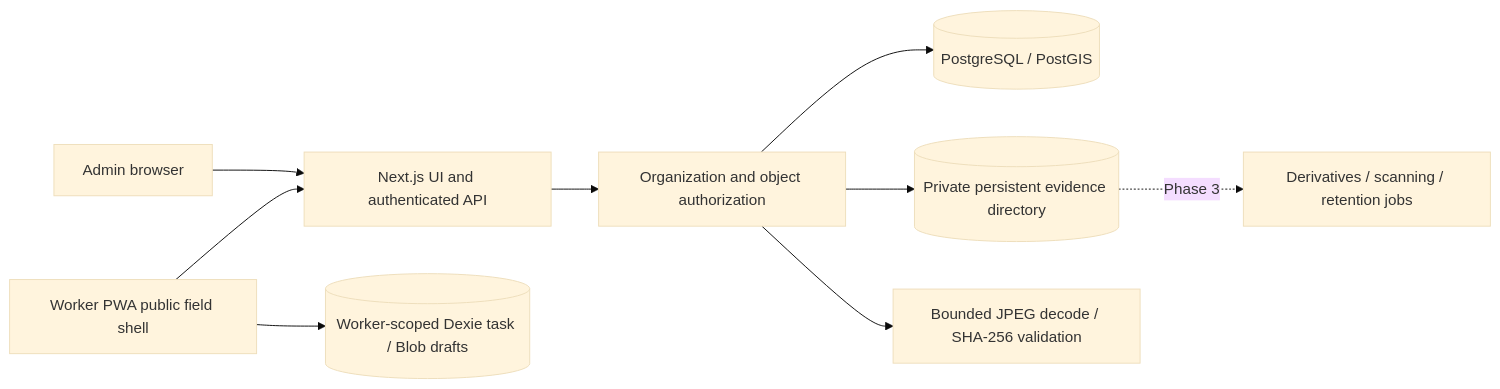
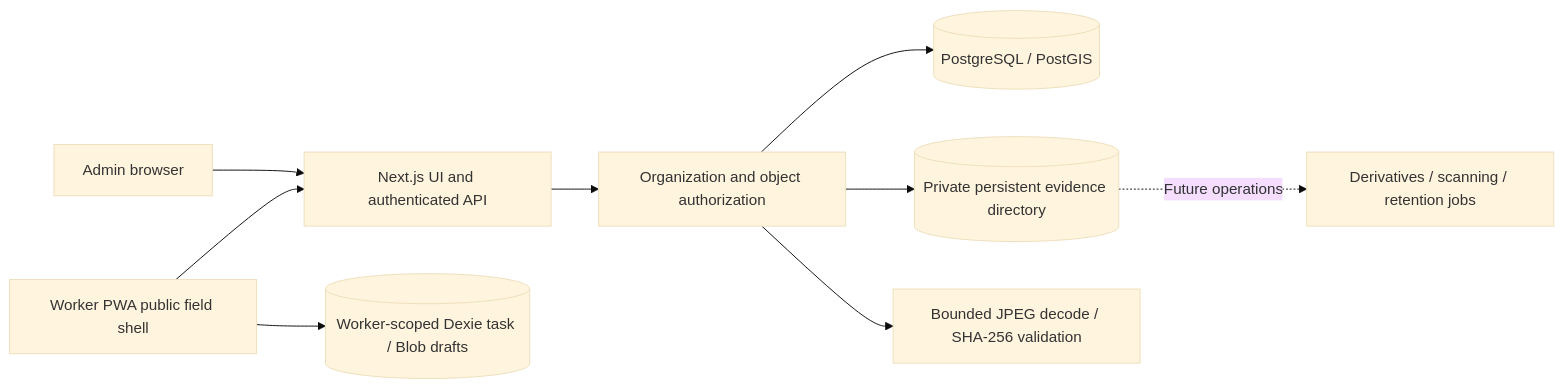
One commit to hizendevelopers/OOH changed the diagram in docs/ARCHITECTURE.md. Above: the diagram before and after it, drawn with Mermaid (base theme). The commit also changed other lines of this file and 13 other files, not shown here.

````diff
--- a/docs/ARCHITECTURE.md
+++ b/docs/ARCHITECTURE.md
@@ -3,11 +3,11 @@
 ```mermaid
 flowchart LR
   A[Admin browser] --> N[Next.js UI and authenticated API]
   W[Worker PWA public field shell] --> N
   W --> D[(Worker-scoped Dexie task / Blob drafts)]
   N --> S[Organization and object authorization]
   S --> P[(PostgreSQL / PostGIS)]
   S --> O[(Private persistent evidence directory)]
   S --> V[Bounded JPEG decode / SHA-256 validation]
-  O -. Phase 3 .-> Q[Derivatives / scanning / retention jobs]
+  O -. Future operations .-> Q[Derivatives / scanning / retention jobs]
 ```
````
